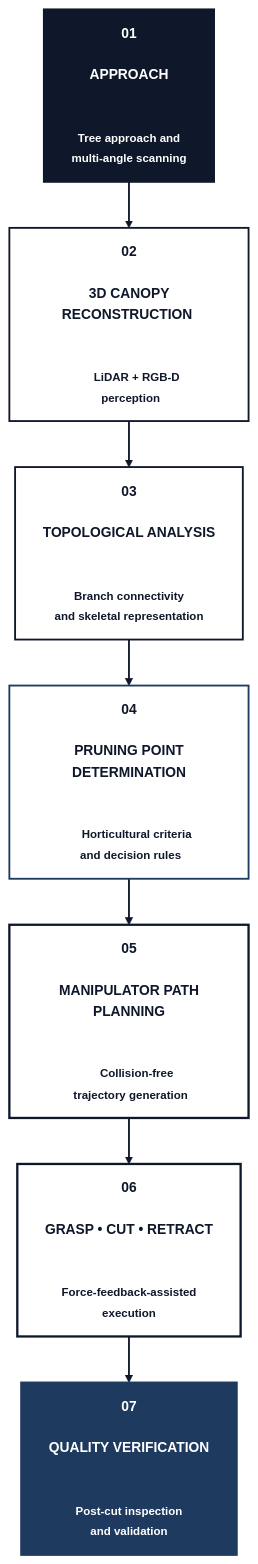
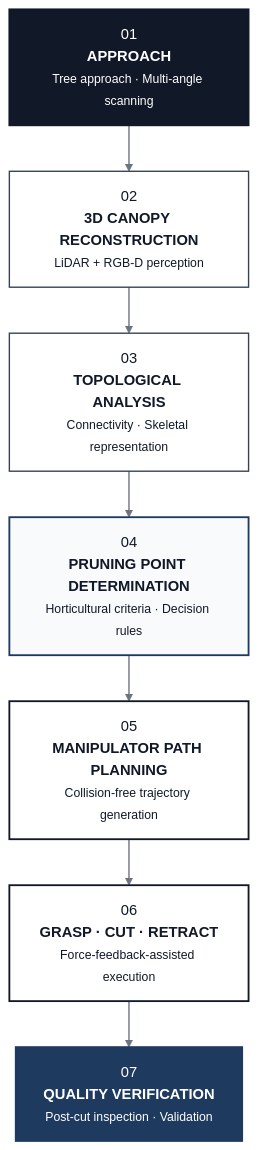
The third of 25 diagrams in README.md (ShazinHijazy/ShazinHijazy), drawn with Mermaid (neutral theme) before and after one commit.

Commit message:
Refactor flowchart styling in README.md

````diff
--- a/README.md
+++ b/README.md
@@ -1338,45 +1338,27 @@
 ```mermaid
 flowchart TD
 
-    A["01<br/><br/> APPROACH <br/><br/>
-    <small>Tree approach and <br/> multi-angle scanning</small>"]
+    A["01<br/><b>APPROACH</b><br/><small>Tree approach · Multi-angle scanning</small>"]
+    B["02<br/><b>3D CANOPY RECONSTRUCTION</b><br/><small>LiDAR + RGB-D perception</small>"]
+    C["03<br/><b>TOPOLOGICAL ANALYSIS</b><br/><small>Connectivity · Skeletal representation</small>"]
+    D["04<br/><b>PRUNING POINT DETERMINATION</b><br/><small>Horticultural criteria · Decision rules</small>"]
+    E["05<br/><b>MANIPULATOR PATH PLANNING</b><br/><small>Collision-free trajectory generation</small>"]
+    F["06<br/><b>GRASP · CUT · RETRACT</b><br/><small>Force-feedback-assisted execution</small>"]
+    G["07<br/><b>QUALITY VERIFICATION</b><br/><small>Post-cut inspection · Validation</small>"]
 
-    B["02<br/><br/> 3D CANOPY RECONSTRUCTION <br/><br/>
-    <small> LiDAR + RGB-D <br/> perception</small>"]
+    A --> B --> C --> D --> E --> F --> G
 
-    C["03<br/><br/> TOPOLOGICAL ANALYSIS <br/><br/> 
-    <small> Branch connectivity <br/> and skeletal representation</small>"]
-
-    D["04<br/><br/> PRUNING POINT DETERMINATION<br/><br/> 
-    <small> Horticultural criteria <br/> and decision rules</small>"]
-
-    E["05<br/><br/> MANIPULATOR PATH PLANNING<br/><br/> 
-    <small> Collision-free <br/> trajectory generation</small>"]
-
-    F["06<br/><br/> GRASP • CUT • RETRACT<br/><br/> 
-    <small> Force-feedback-assisted <br/> execution</small>"]
-
-    G["07<br/><br/> QUALITY VERIFICATION <br/><br/> 
-    <small> Post-cut inspection <br/> and validation</small>"]
-
-    A --> B
-    B --> C
-    C --> D
-    D --> E
-    E --> F
-    F --> G
-
-    classDef stage fill:#FFFFFF,stroke:#0F172A,color:#0F172A,stroke-width:2px,font-size:15px,font-weight:700;
-    classDef start fill:#0F172A,stroke:#0F172A,color:#FFFFFF,stroke-width:2px,font-size:15px,font-weight:700;
-    classDef decision fill:#FFFFFF,stroke:#1E3A5F,color:#0F172A,stroke-width:2px,font-size:15px,font-weight:700;
-    classDef execute fill:#FFFFFF,stroke:#0F172A,color:#0F172A,stroke-width:2.5px,font-size:15px,font-weight:700;
-    classDef finish fill:#1E3A5F,stroke:#1E3A5F,color:#FFFFFF,stroke-width:2px,font-size:15px,font-weight:700;
+    classDef start fill:#111827,stroke:#111827,color:#FFFFFF,stroke-width:2px;
+    classDef process fill:#FFFFFF,stroke:#374151,color:#111827,stroke-width:1.5px;
+    classDef decision fill:#F8FAFC,stroke:#1E3A5F,color:#111827,stroke-width:2px;
+    classDef execution fill:#FFFFFF,stroke:#111827,color:#111827,stroke-width:2px;
+    classDef finish fill:#1E3A5F,stroke:#1E3A5F,color:#FFFFFF,stroke-width:2px;
 
     class A start;
-    class B,C stage;
+    class B,C process;
     class D decision;
-    class E,F execute;
+    class E,F execution;
     class G finish;
 
-    linkStyle default stroke:#0F172A,stroke-width:2px;
+    linkStyle default stroke:#6B7280,stroke-width:1.5px;
 ```
````
